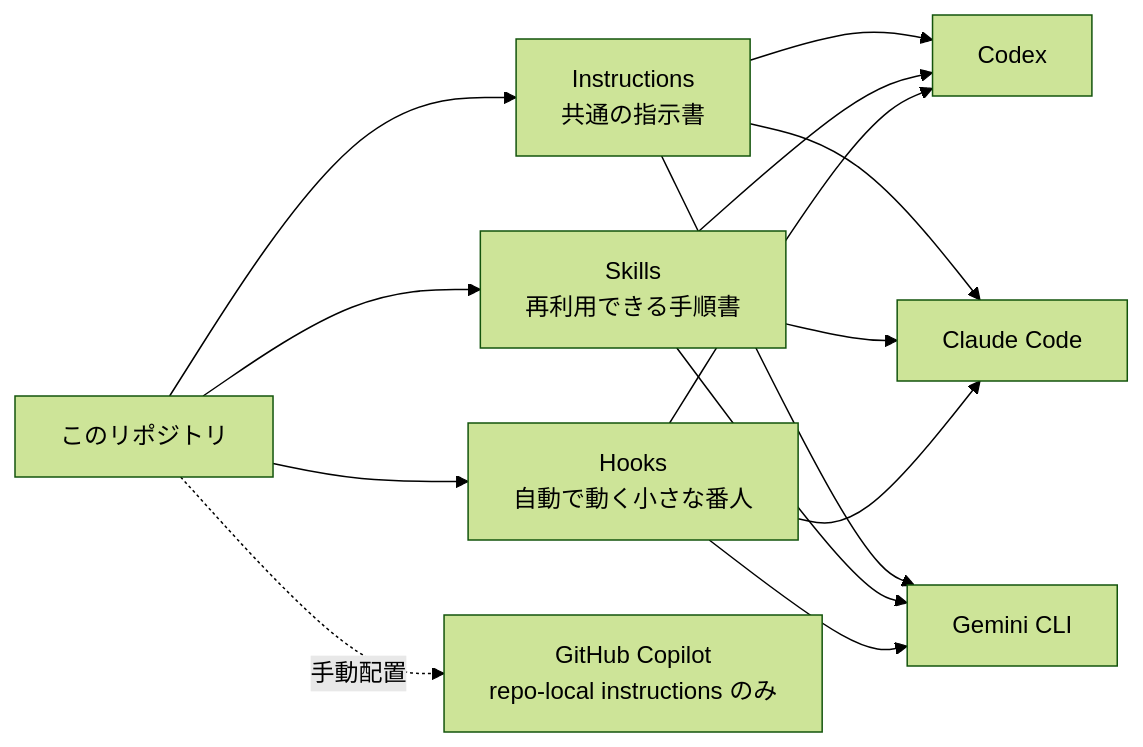
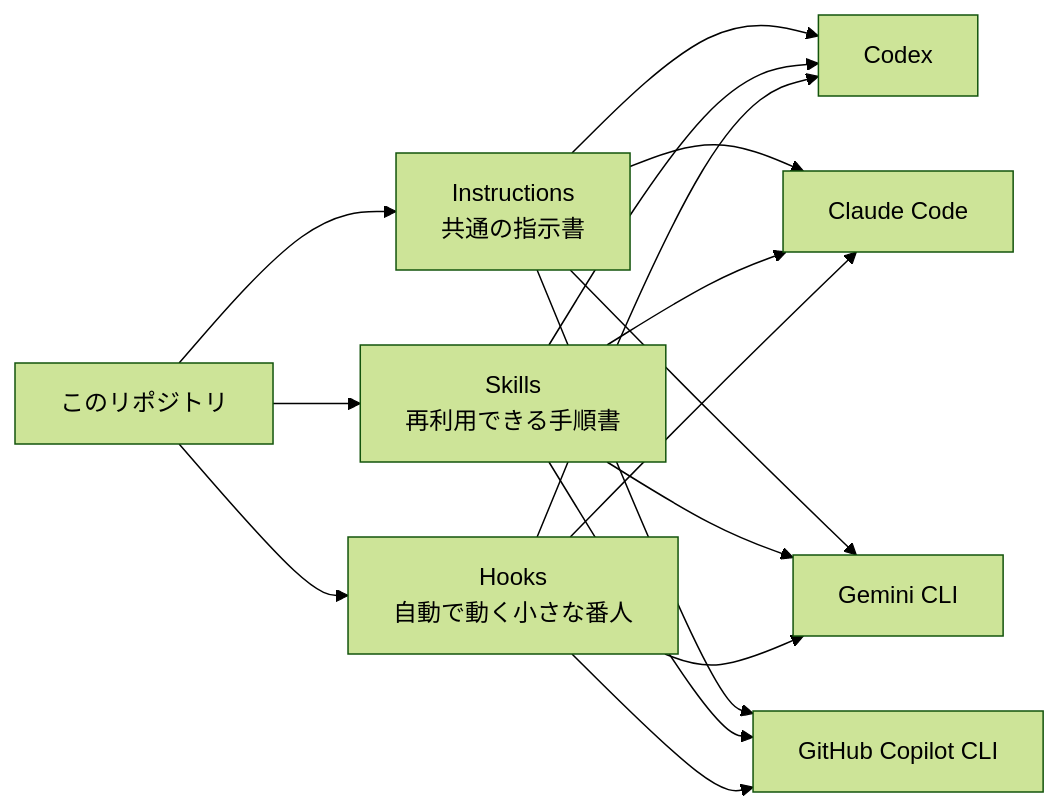
One commit to xoshayashi/ai-agent-config changed the diagram in docs/overview.md. Above: the diagram before and after it, drawn with Mermaid (forest theme). The commit also changed other lines of this file and 33 other files, not shown here.

Commit message:
add copilot global support and simplify hook runtime

````diff
--- a/docs/overview.md
+++ b/docs/overview.md
@@ -28,20 +28,21 @@
 ```mermaid
 flowchart LR
     Repo["このリポジトリ"] --> Inst["Instructions<br/>共通の指示書"]
     Repo --> Skill["Skills<br/>再利用できる手順書"]
     Repo --> Hook["Hooks<br/>自動で動く小さな番人"]
 
     Inst --> Codex["Codex"]
     Inst --> Claude["Claude Code"]
     Inst --> Gemini["Gemini CLI"]
+    Inst --> Copilot["GitHub Copilot CLI"]
 
     Skill --> Codex
     Skill --> Claude
     Skill --> Gemini
+    Skill --> Copilot
 
     Hook --> Codex
     Hook --> Claude
     Hook --> Gemini
-
-    Repo -. 手動配置 .-> Copilot["GitHub Copilot<br/>repo-local instructions のみ"]
+    Hook --> Copilot
 ```
````
